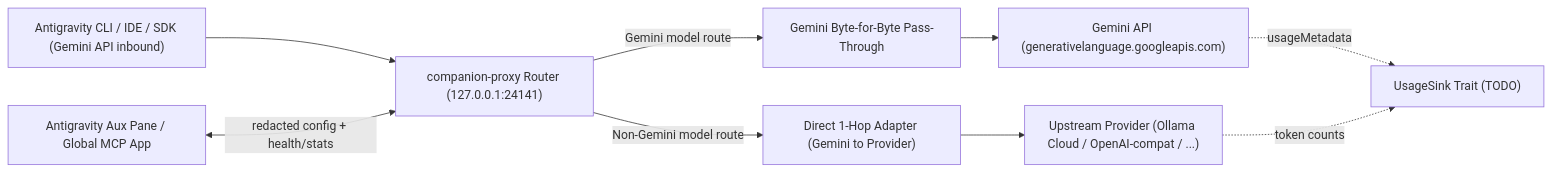
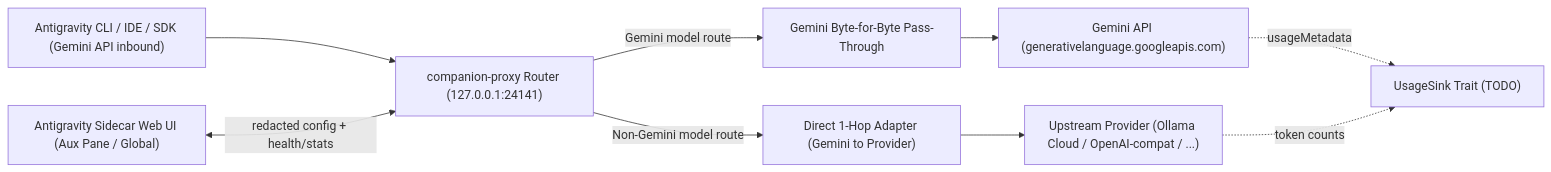
Before and after one commit to Jacksunwei/agy-companion: the diagram in docs/design/architecture.md, drawn with Mermaid. The commit also changed other lines of this file and 73 other files, not shown here.

First line of the commit message:
refactor(ui): drop legacy mcp app and standardize on sidecar web ui (#60)

````diff
--- a/docs/design/architecture.md
+++ b/docs/design/architecture.md
@@ -112,11 +110,11 @@
 ```mermaid
 flowchart LR
     Caller["Antigravity CLI / IDE / SDK (Gemini API inbound)"] --> Router["companion-proxy Router (127.0.0.1:24141)"]
     Router -->|"Gemini model route"| FastPath["Gemini Byte-for-Byte Pass-Through"]
     Router -->|"Non-Gemini model route"| Adapter["Direct 1-Hop Adapter (Gemini to Provider)"]
     FastPath --> Gemini["Gemini API (generativelanguage.googleapis.com)"]
     Adapter --> Upstream["Upstream Provider (Ollama Cloud / OpenAI-compat / ...)"]
     Gemini -.->|"usageMetadata"| Sink["UsageSink Trait (TODO)"]
     Upstream -.->|"token counts"| Sink
-    UI["Antigravity Aux Pane / Global MCP App"] <-->|"redacted config + health/stats"| Router
+    UI["Antigravity Sidecar Web UI (Aux Pane / Global)"] <-->|"redacted config + health/stats"| Router
 ```
````
